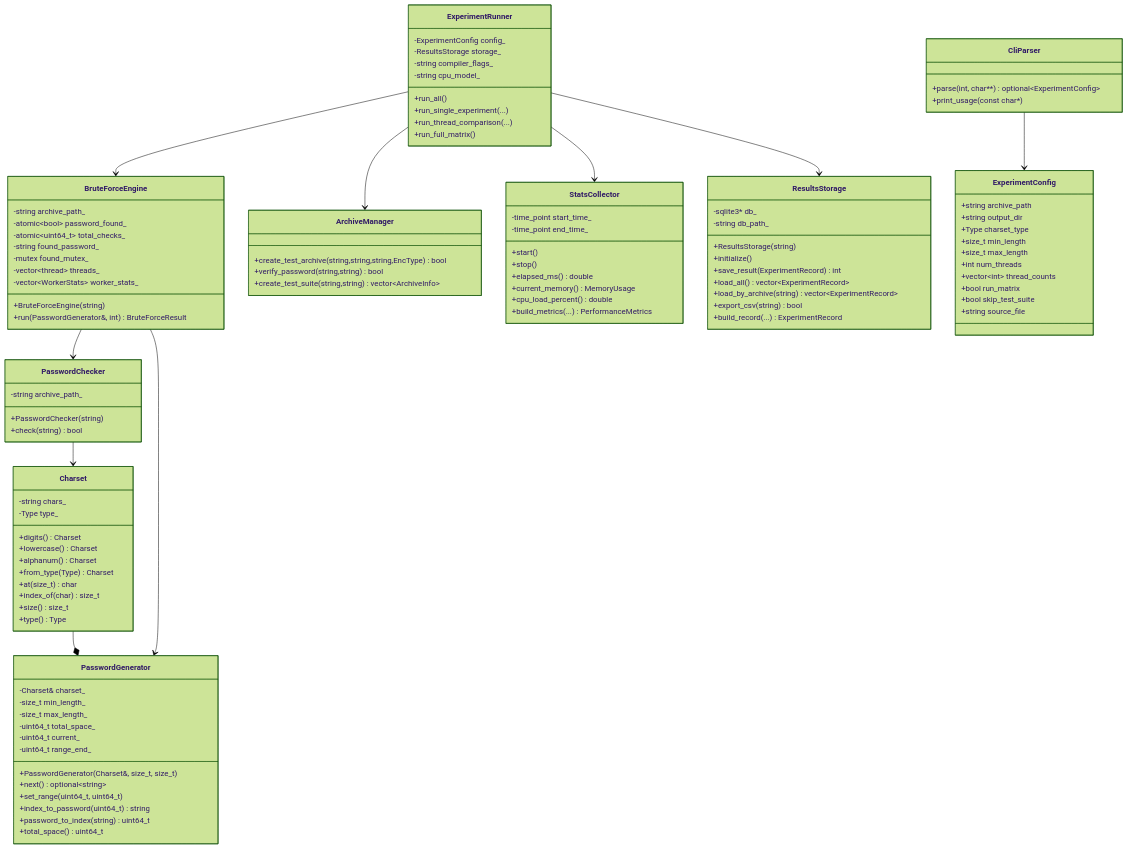
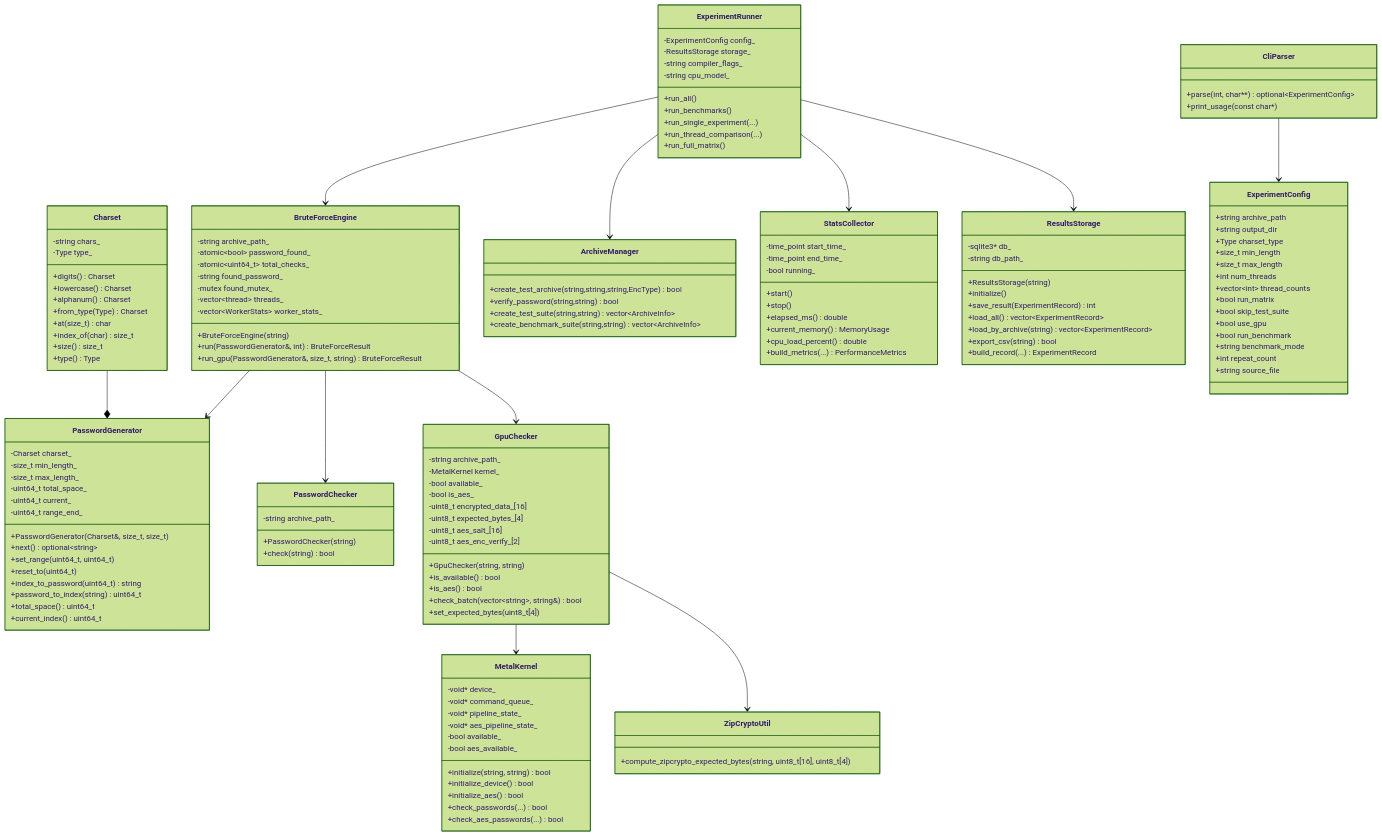
One commit to Tiipok/practica changed the diagram in docs/classes.md. Above: the diagram before and after it, drawn with Mermaid (forest theme). The commit also changed other lines of this file and 21 other files, not shown here.

```diff
--- a/docs/classes.md
+++ b/docs/classes.md
@@ -16,7 +16,7 @@
     }
 
     class PasswordGenerator {
-        -Charset& charset_
+        -Charset charset_
         -size_t min_length_
         -size_t max_length_
         -uint64_t total_space_
@@ -25,9 +25,11 @@
         +PasswordGenerator(Charset&, size_t, size_t)
         +next() optional~string~
         +set_range(uint64_t, uint64_t)
+        +reset_to(uint64_t)
         +index_to_password(uint64_t) string
         +password_to_index(string) uint64_t
         +total_space() uint64_t
+        +current_index() uint64_t
     }
 
     class PasswordChecker {
@@ -46,17 +48,54 @@
         -vector~WorkerStats~ worker_stats_
         +BruteForceEngine(string)
         +run(PasswordGenerator&, int) BruteForceResult
+        +run_gpu(PasswordGenerator&, size_t, string) BruteForceResult
+    }
+
+    class GpuChecker {
+        -string archive_path_
+        -MetalKernel kernel_
+        -bool available_
+        -bool is_aes_
+        -uint8_t encrypted_data_[16]
+        -uint8_t expected_bytes_[4]
+        -uint8_t aes_salt_[16]
+        -uint8_t aes_enc_verify_[2]
+        +GpuChecker(string, string)
+        +is_available() bool
+        +is_aes() bool
+        +check_batch(vector~string~, string&) bool
+        +set_expected_bytes(uint8_t[4])
+    }
+
+    class MetalKernel {
+        -void* device_
+        -void* command_queue_
+        -void* pipeline_state_
+        -void* aes_pipeline_state_
+        -bool available_
+        -bool aes_available_
+        +initialize(string, string) bool
+        +initialize_device() bool
+        +initialize_aes() bool
+        +check_passwords(...) bool
+        +check_aes_passwords(...) bool
+    }
+
+    class ZipCryptoUtil {
+        +compute_zipcrypto_expected_bytes(string, uint8_t[16], uint8_t[4])
     }
 
     class ArchiveManager {
         +create_test_archive(string,string,string,EncType) bool
         +verify_password(string,string) bool
         +create_test_suite(string,string) vector~ArchiveInfo~
+        +create_benchmark_suite(string,string) vector~ArchiveInfo~
     }
 
     class StatsCollector {
         -time_point start_time_
         -time_point end_time_
+        -bool running_
         +start()
         +stop()
         +elapsed_ms() double
@@ -83,6 +122,7 @@
         -string compiler_flags_
         -string cpu_model_
         +run_all()
+        +run_benchmarks()
         +run_single_experiment(...)
         +run_thread_comparison(...)
         +run_full_matrix()
@@ -103,13 +143,19 @@
         +vector~int~ thread_counts
         +bool run_matrix
         +bool skip_test_suite
+        +bool use_gpu
+        +bool run_benchmark
+        +string benchmark_mode
+        +int repeat_count
         +string source_file
     }
 
     Charset --* PasswordGenerator
-    PasswordChecker --> Charset
     BruteForceEngine --> PasswordGenerator
     BruteForceEngine --> PasswordChecker
+    BruteForceEngine --> GpuChecker
+    GpuChecker --> MetalKernel
+    GpuChecker --> ZipCryptoUtil
     ExperimentRunner --> BruteForceEngine
     ExperimentRunner --> StatsCollector
     ExperimentRunner --> ResultsStorage
```
